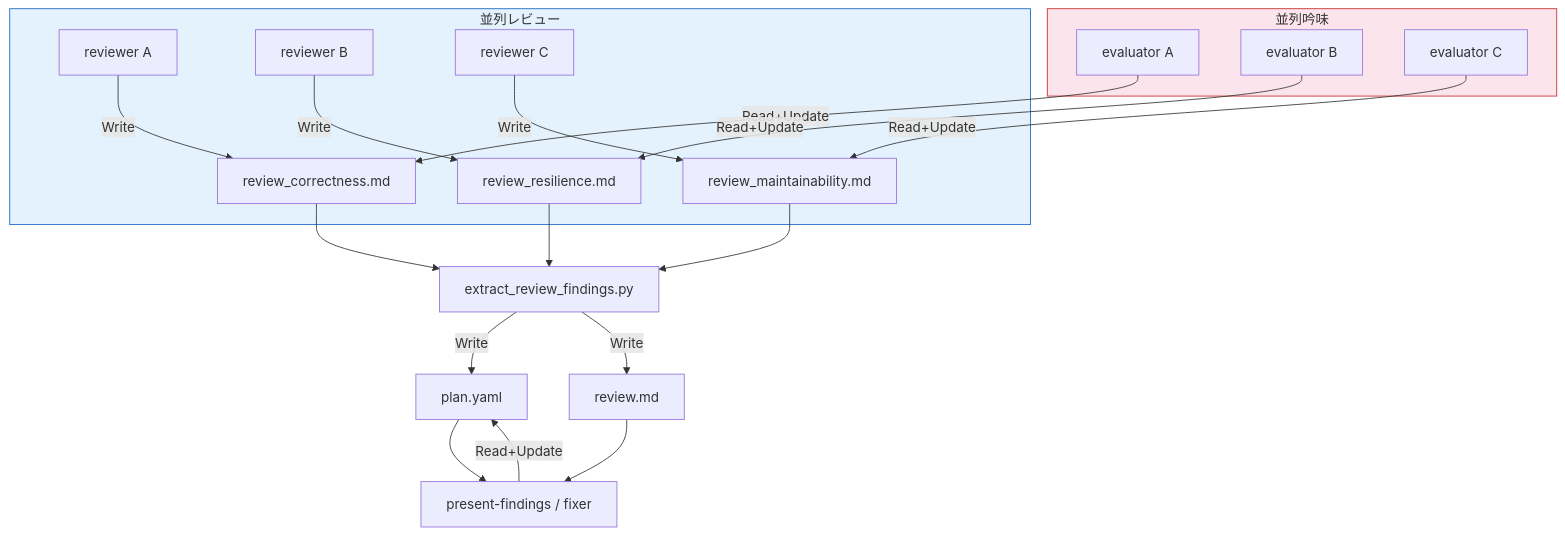
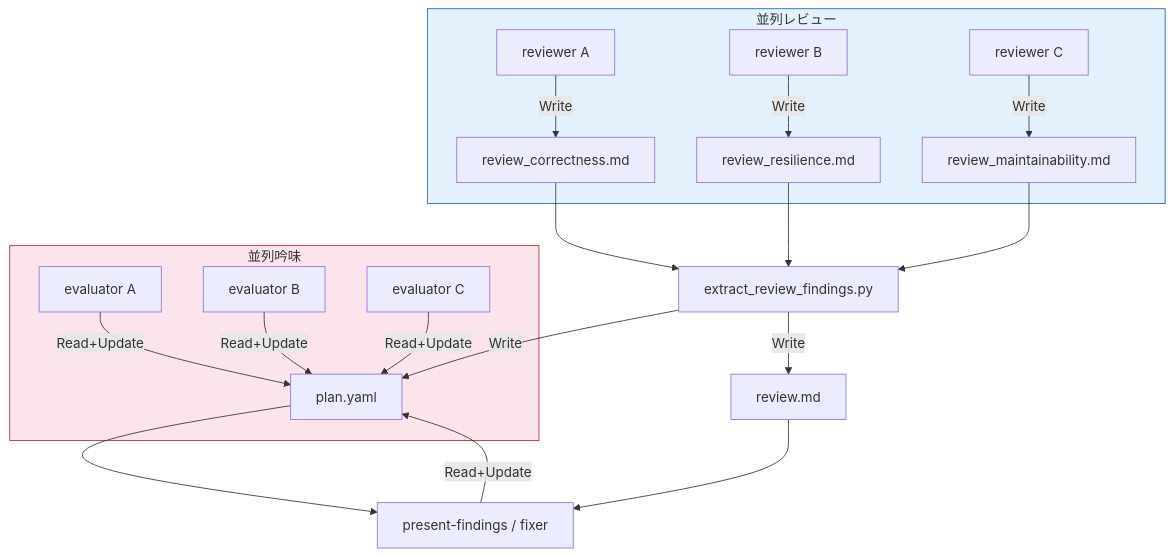
Before and after one commit to BlueEventHorizon/bw-cc-plugins: the diagram in docs/specs/forge/design/review_perspective_split_design.md, drawn with Mermaid. The commit also changed other lines of this file and 10 other files, not shown here.

````diff
--- a/docs/specs/forge/design/review_perspective_split_design.md
+++ b/docs/specs/forge/design/review_perspective_split_design.md
@@ -214,24 +214,24 @@
 ```mermaid
 flowchart TD
     subgraph Parallel_Review [並列レビュー]
         R1[reviewer A] -->|Write| RA[review_correctness.md]
         R2[reviewer B] -->|Write| RB[review_resilience.md]
         R3[reviewer C] -->|Write| RC[review_maintainability.md]
     end
 
-    subgraph Parallel_Eval [並列吟味]
-        E1[evaluator A] -->|Read+Update| RA
-        E2[evaluator B] -->|Read+Update| RB
-        E3[evaluator C] -->|Read+Update| RC
-    end
-
     RA & RB & RC --> EXT[extract_review_findings.py]
     EXT -->|Write| PY[plan.yaml]
     EXT -->|Write| RM[review.md]
+
+    subgraph Parallel_Eval [並列吟味]
+        E1[evaluator A] -->|Read+Update| PY
+        E2[evaluator B] -->|Read+Update| PY
+        E3[evaluator C] -->|Read+Update| PY
+    end
 
     PY & RM --> PF[present-findings / fixer]
     PF -->|Read+Update| PY
 
     style Parallel_Review fill:#e3f2fd,stroke:#1565c0
     style Parallel_Eval fill:#fce4ec,stroke:#c62828
 ```
````
